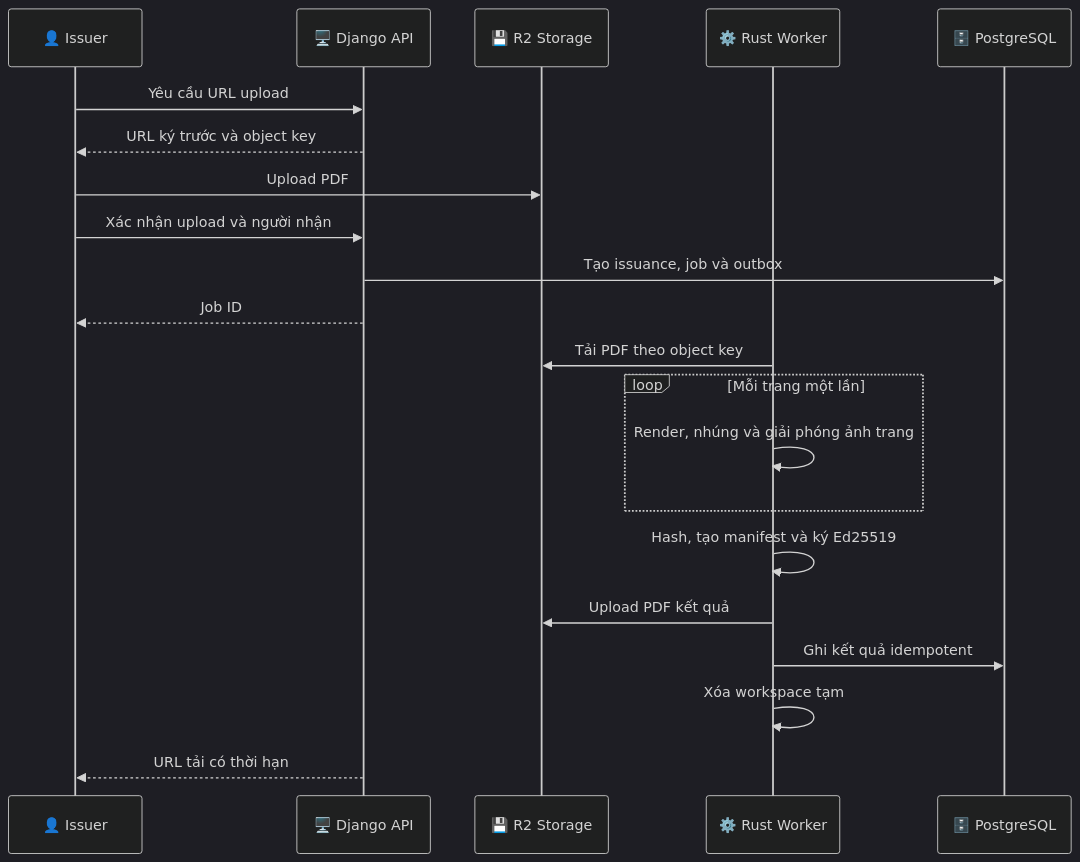
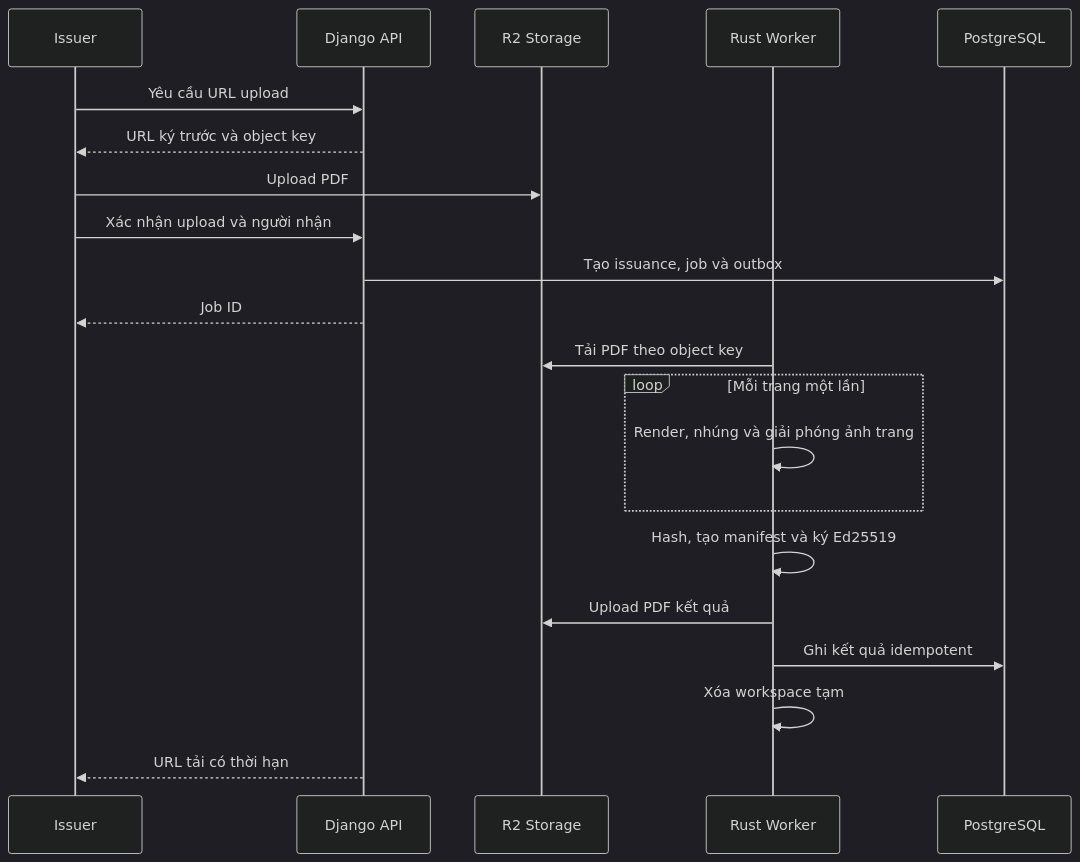
Before and after one commit to qivarnq3g/splitbind: the second of 4 diagrams in docs/superpowers/specs/2026-08-13-splitbind-production-design.md, drawn with Mermaid (dark theme). The commit also changed other lines of this file and 42 other files, not shown here.

````diff
--- a/docs/superpowers/specs/2026-08-13-splitbind-production-design.md
+++ b/docs/superpowers/specs/2026-08-13-splitbind-production-design.md
@@ -159,29 +185,29 @@
 ```mermaid
 sequenceDiagram
     accTitle: Luồng cấp phát tài liệu
     accDescr: Issuer tải PDF trực tiếp lên object storage, Django tạo job nguyên tử và Rust worker xử lý từng trang trước khi ký manifest và trả kết quả
 
-    participant issuer as 👤 Issuer
-    participant api as 🖥️ Django API
-    participant storage as 💾 R2 Storage
-    participant worker as ⚙️ Rust Worker
-    participant db as 🗄️ PostgreSQL
+    participant issuer as Issuer
+    participant api as Django API
+    participant storage as R2 Storage
+    participant worker as Rust Worker
+    participant db as PostgreSQL
 
     issuer->>api: Yêu cầu URL upload
     api-->>issuer: URL ký trước và object key
     issuer->>storage: Upload PDF
     issuer->>api: Xác nhận upload và người nhận
     api->>db: Tạo issuance, job và outbox
     api-->>issuer: Job ID
     worker->>storage: Tải PDF theo object key
 
     loop Mỗi trang một lần
         worker->>worker: Render, nhúng và giải phóng ảnh trang
     end
 
     worker->>worker: Hash, tạo manifest và ký Ed25519
     worker->>storage: Upload PDF kết quả
     worker->>db: Ghi kết quả idempotent
     worker->>worker: Xóa workspace tạm
     api-->>issuer: URL tải có thời hạn
 ```
````
